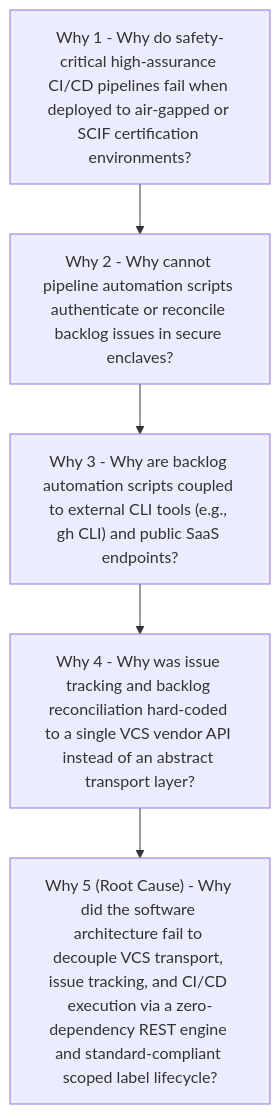
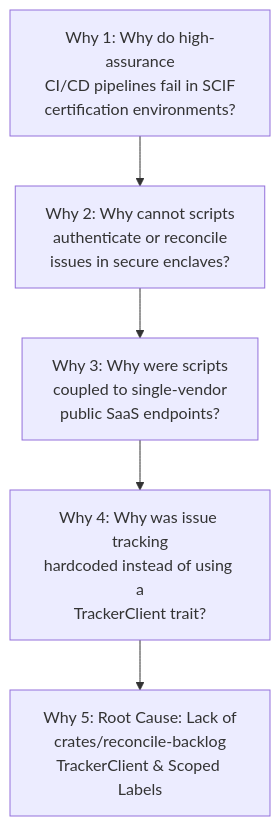
One commit to gintatkinson/DEAP01-spec-core changed the second of 19 diagrams in docs/architecture/blueprints/MULTI_PROVIDER_GITLAB_INFRASTRUCTURE_ARCHITECTURE.md. Above: the diagram before and after it, drawn with Mermaid. The commit also changed other lines of this file and 28 other files, not shown here.

````diff
--- a/docs/architecture/blueprints/MULTI_PROVIDER_GITLAB_INFRASTRUCTURE_ARCHITECTURE.md
+++ b/docs/architecture/blueprints/MULTI_PROVIDER_GITLAB_INFRASTRUCTURE_ARCHITECTURE.md
@@ -123,13 +130,13 @@
 ```mermaid
 flowchart TD
-    W1["Why 1 - Why do safety-critical high-assurance CI/CD pipelines fail when deployed to air-gapped or SCIF certification environments?"]
-    W2["Why 2 - Why cannot pipeline automation scripts authenticate or reconcile backlog issues in secure enclaves?"]
-    W3["Why 3 - Why are backlog automation scripts coupled to external CLI tools (e.g., gh CLI) and public SaaS endpoints?"]
-    W4["Why 4 - Why was issue tracking and backlog reconciliation hard-coded to a single VCS vendor API instead of an abstract transport layer?"]
-    W5["Why 5 (Root Cause) - Why did the software architecture fail to decouple VCS transport, issue tracking, and CI/CD execution via a zero-dependency REST engine and standard-compliant scoped label lifecycle?"]
+    W1["Why 1: Why do high-assurance<br/>CI/CD pipelines fail in SCIF<br/>certification environments?"]
+    W2["Why 2: Why cannot scripts<br/>authenticate or reconcile<br/>issues in secure enclaves?"]
+    W3["Why 3: Why were scripts<br/>coupled to single-vendor<br/>public SaaS endpoints?"]
+    W4["Why 4: Why was issue tracking<br/>hardcoded instead of using a<br/>TrackerClient trait?"]
+    W5["Why 5: Root Cause: Lack of<br/>crates/reconcile-backlog<br/>TrackerClient & Scoped Labels"]
 
     W1 --> W2
     W2 --> W3
     W3 --> W4
     W4 --> W5
 ```
````
